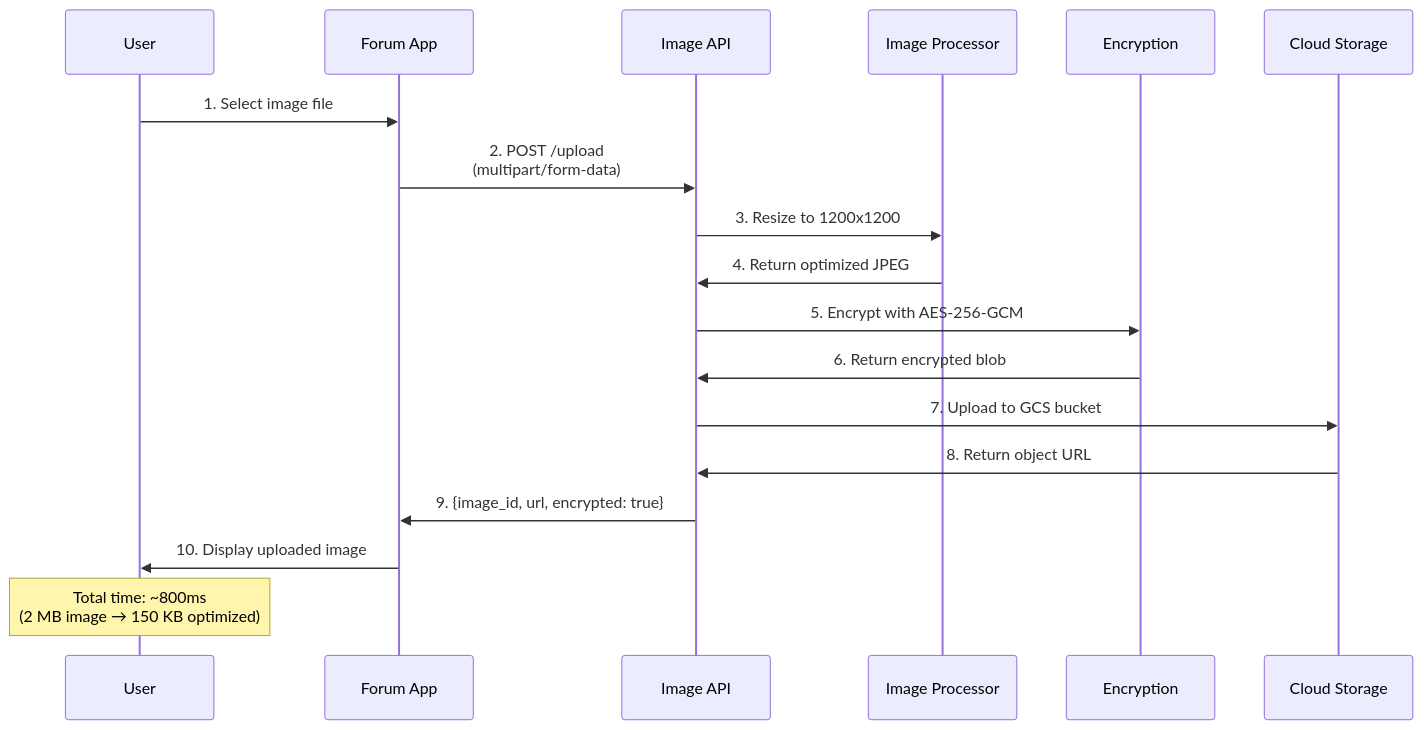
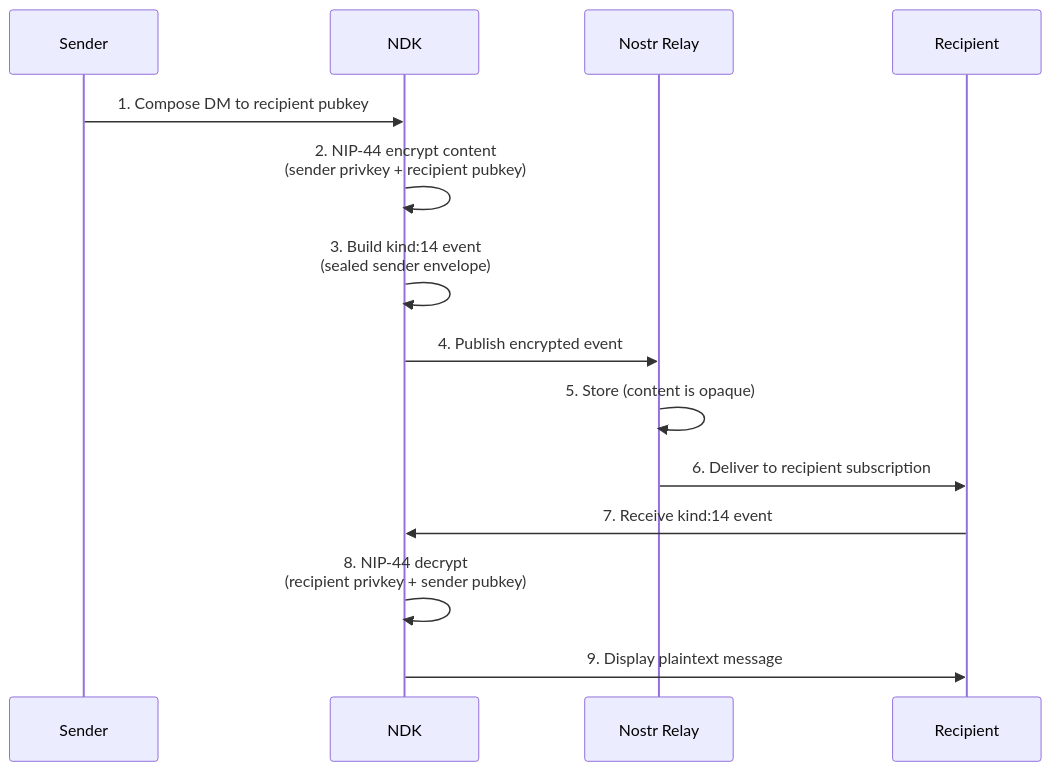
Before and after one commit to DreamLab-AI/dreamlab-ai-website: diagram 12 of 18 in docs/architecture/DATA_FLOW.md, drawn with Mermaid. The commit also changed other lines of this file and 49 other files, not shown here.

````diff
--- a/docs/architecture/DATA_FLOW.md
+++ b/docs/architecture/DATA_FLOW.md
@@ -427,26 +371,17 @@
 ```mermaid
 sequenceDiagram
-    participant U as User
-    participant App as Forum App
-    participant API as Image API
-    participant Sharp as Image Processor
-    participant Crypto as Encryption
-    participant Storage as Cloud Storage
+    participant A as Sender
+    participant NDK as NDK
+    participant Relay as Nostr Relay
+    participant B as Recipient
 
-    U->>App: 1. Select image file
-    App->>API: 2. POST /upload<br/>(multipart/form-data)
-
-    API->>Sharp: 3. Resize to 1200x1200
-    Sharp->>API: 4. Return optimized JPEG
-
-    API->>Crypto: 5. Encrypt with AES-256-GCM
-    Crypto->>API: 6. Return encrypted blob
-
-    API->>Storage: 7. Upload to GCS bucket
-    Storage->>API: 8. Return object URL
-
-    API->>App: 9. {image_id, url, encrypted: true}
-    App->>U: 10. Display uploaded image
-
-    Note over U: Total time: ~800ms<br/>(2 MB image → 150 KB optimized)
+    A->>NDK: 1. Compose DM to recipient pubkey
+    NDK->>NDK: 2. NIP-44 encrypt content<br/>(sender privkey + recipient pubkey)
+    NDK->>NDK: 3. Build kind:14 event<br/>(sealed sender envelope)
+    NDK->>Relay: 4. Publish encrypted event
+    Relay->>Relay: 5. Store (content is opaque)
+    Relay->>B: 6. Deliver to recipient subscription
+    B->>NDK: 7. Receive kind:14 event
+    NDK->>NDK: 8. NIP-44 decrypt<br/>(recipient privkey + sender pubkey)
+    NDK->>B: 9. Display plaintext message
 ```
````
